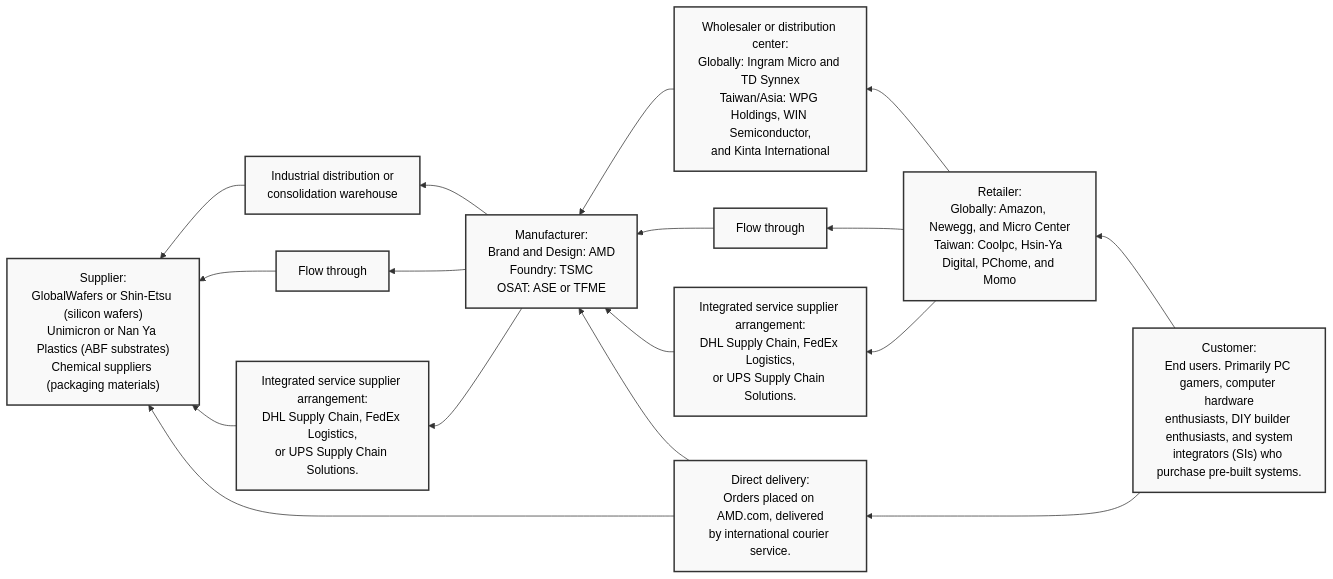
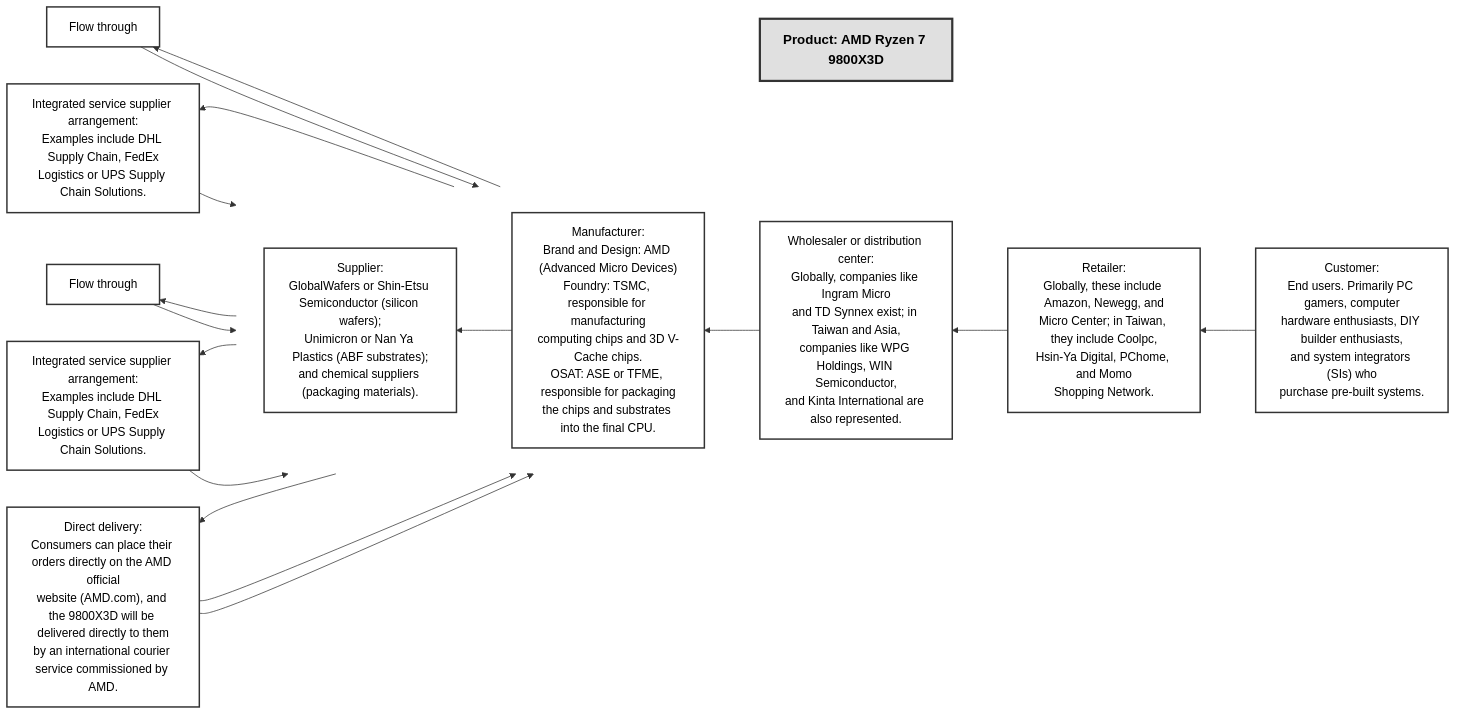
Before and after one commit to zombie942018/groupwork: the diagram in 260312.md, drawn with Mermaid.

````diff
--- a/260312.md
+++ b/260312.md
@@ -2,50 +2,59 @@
 ```mermaid
-graph RL
-    %% 定義節點與填入資訊
-    Customer["Customer:<br>End users. Primarily PC gamers, computer hardware<br>enthusiasts, DIY builder enthusiasts, and system<br>integrators (SIs) who purchase pre-built systems."]
-    
-    Retailer["Retailer:<br>Globally: Amazon, Newegg, and Micro Center<br>Taiwan: Coolpc, Hsin-Ya Digital, PChome, and Momo"]
-    
-    Wholesaler["Wholesaler or distribution center:<br>Globally: Ingram Micro and TD Synnex<br>Taiwan/Asia: WPG Holdings, WIN Semiconductor,<br>and Kinta International"]
-    
-    Manufacturer["Manufacturer:<br>Brand and Design: AMD<br>Foundry: TSMC<br>OSAT: ASE or TFME"]
-    
-    IndDist["Industrial distribution or<br>consolidation warehouse"]
-    
-    Supplier["Supplier:<br>GlobalWafers or Shin-Etsu (silicon wafers)<br>Unimicron or Nan Ya Plastics (ABF substrates)<br>Chemical suppliers (packaging materials)"]
+flowchart RL
+    %% 產品名稱標籤
+    Product["Product: AMD Ryzen 7 9800X3D"]:::titleBox
 
-    %% 主幹流程 (箭頭向左)
-    Customer --> Retailer
-    Retailer --> Wholesaler
-    Wholesaler --> Manufacturer
-    Manufacturer --> IndDist
-    IndDist --> Supplier
+    %% 將主要節點包裝在水平子圖中
+    subgraph MainFlow [ ]
+        direction RL
+        C["Customer:<br>End users. Primarily PC gamers, computer<br>hardware enthusiasts, DIY builder enthusiasts,<br>and system integrators (SIs) who<br>purchase pre-built systems."]
+        
+        R["Retailer:<br>Globally, these include Amazon, Newegg, and<br>Micro Center; in Taiwan, they include Coolpc,<br>Hsin-Ya Digital, PChome, and Momo<br>Shopping Network."]
+        
+        W["Wholesaler or distribution center:<br>Globally, companies like Ingram Micro<br>and TD Synnex exist; in Taiwan and Asia,<br>companies like WPG Holdings, WIN Semiconductor,<br>and Kinta International are also represented."]
+        
+        M["Manufacturer:<br>Brand and Design: AMD (Advanced Micro Devices)<br>Foundry: TSMC, responsible for manufacturing<br>computing chips and 3D V-Cache chips.<br>OSAT: ASE or TFME, responsible for packaging<br>the chips and substrates into the final CPU."]
+        
+        S["Supplier:<br>GlobalWafers or Shin-Etsu Semiconductor (silicon wafers);<br>Unimicron or Nan Ya Plastics (ABF substrates);<br>and chemical suppliers (packaging materials)."]
 
-    %% 下方 Direct delivery 流程
-    DirectDelivery["Direct delivery:<br>Orders placed on AMD.com, delivered<br>by international courier service."]
-    
-    Customer -->| | DirectDelivery
-    DirectDelivery -->| | Manufacturer
-    DirectDelivery -->| | Supplier
+        %% 主水平線箭頭 (已移除 Industrial distribution)
+        C --> R
+        R --> W
+        W --> M
+        M --> S
+    end
 
-    %% 右上方流程
-    FlowThroughRight["Flow through"]
-    IntegratedRight["Integrated service supplier arrangement:<br>DHL Supply Chain, FedEx Logistics,<br>or UPS Supply Chain Solutions."]
-    
-    Retailer -->| | FlowThroughRight
-    Retailer -->| | IntegratedRight
-    FlowThroughRight -->| | Manufacturer
-    IntegratedRight -->| | Manufacturer
+    %% 右上方流程 (對應 Retailer 與 Manufacturer 之間)
+    FT2["Flow through"]
+    ISSA2["Integrated service supplier arrangement:<br>Examples include DHL Supply Chain, FedEx<br>Logistics or UPS Supply Chain Solutions."]
 
-    %% 左上方流程
-    FlowThroughLeft["Flow through"]
-    IntegratedLeft["Integrated service supplier arrangement:<br>DHL Supply Chain, FedEx Logistics,<br>or UPS Supply Chain Solutions."]
-    
-    Manufacturer -->| | FlowThroughLeft
-    Manufacturer -->| | IntegratedLeft
-    FlowThroughLeft -->| | Supplier
-    IntegratedLeft -->| | Supplier
+    R --> FT2
+    R --> ISSA2
+    FT2 --> M
+    ISSA2 --> M
 
-    %% 排版樣式微調
-    classDef default fill:#f9f9f9,stroke:#333,stroke-width:2px,color:#000;
+    %% 左上方流程 (對應 Manufacturer 與 Supplier 之間)
+    FT1["Flow through"]
+    ISSA1["Integrated service supplier arrangement:<br>Examples include DHL Supply Chain, FedEx<br>Logistics or UPS Supply Chain Solutions."]
+
+    M --> FT1
+    M --> ISSA1
+    FT1 --> S
+    ISSA1 --> S
+
+    %% 下方直達流程
+    DD["Direct delivery:<br>Consumers can place their orders directly on the AMD official<br>website (AMD.com), and the 9800X3D will be delivered directly to them<br>by an international courier service commissioned by AMD."]
+
+    C --> DD
+    DD --> M
+    DD --> S
+
+    %% 利用隱藏線條將產品名稱固定在圖表正上方
+    Product ~~~ FT1
+    Product ~~~ FT2
+
+    %% 樣式設定
+    classDef default fill:#ffffff,stroke:#333333,stroke-width:2px,color:#000000;
+    classDef titleBox fill:#e0e0e0,stroke:#333333,stroke-width:3px,font-weight:bold,font-size:18px;
+    style MainFlow fill:none,stroke:none;
 ```
````
